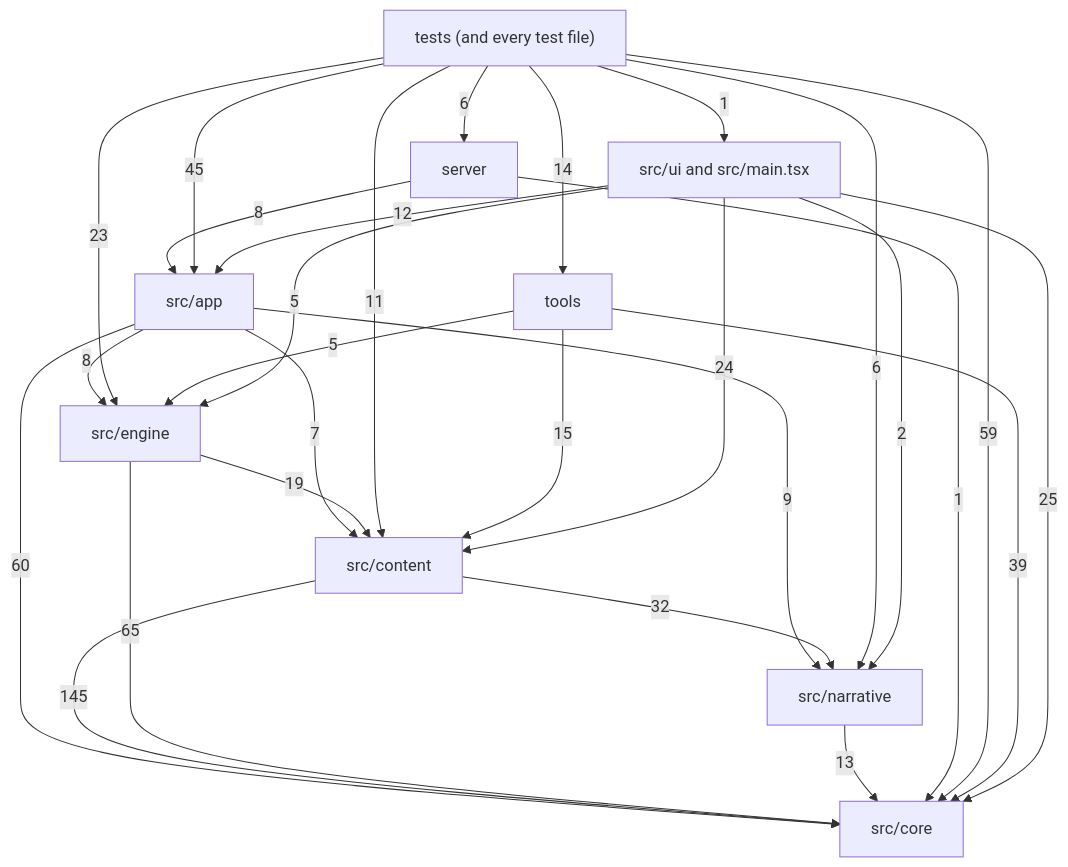
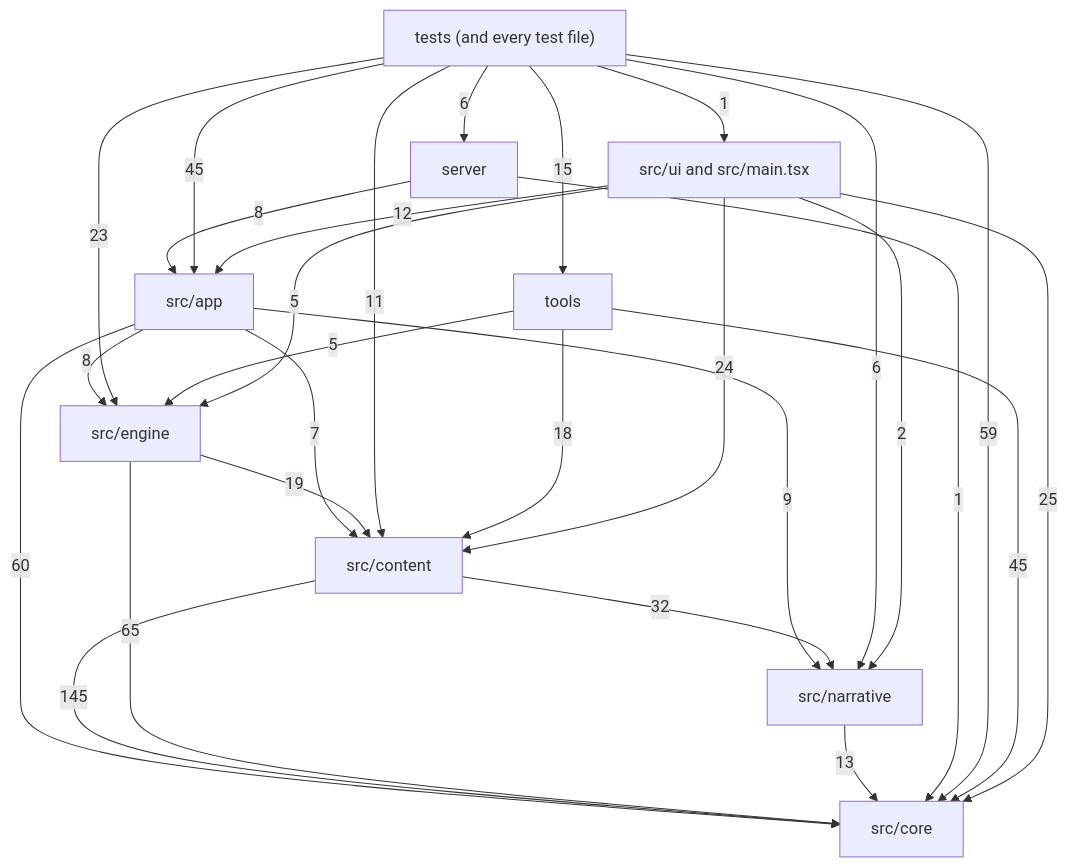
The diagram in docs/reference/code-map/README.md (OrangeB0lt/Cyber-funk), drawn with Mermaid before and after one commit. The commit also changed other lines of this file and 16 other files, not shown here.

````diff
--- a/docs/reference/code-map/README.md
+++ b/docs/reference/code-map/README.md
@@ -29,39 +29,39 @@
 ```mermaid
 flowchart TD
   core["src/core"]
   narrative["src/narrative"]
   content["src/content"]
   engine["src/engine"]
   app["src/app"]
   ui["src/ui and src/main.tsx"]
   server["server"]
   tools["tools"]
   tests["tests (and every test file)"]
   app -->|7| content
   app -->|60| core
   app -->|8| engine
   app -->|9| narrative
   content -->|145| core
   content -->|32| narrative
   engine -->|19| content
   engine -->|65| core
   narrative -->|13| core
   server -->|8| app
   server -->|1| core
   tests -->|45| app
   tests -->|11| content
   tests -->|59| core
   tests -->|23| engine
   tests -->|6| narrative
   tests -->|6| server
-  tests -->|14| tools
+  tests -->|15| tools
   tests -->|1| ui
-  tools -->|15| content
-  tools -->|39| core
+  tools -->|18| content
+  tools -->|45| core
   tools -->|5| engine
   ui -->|12| app
   ui -->|24| content
   ui -->|25| core
   ui -->|5| engine
   ui -->|2| narrative
 ```
````
